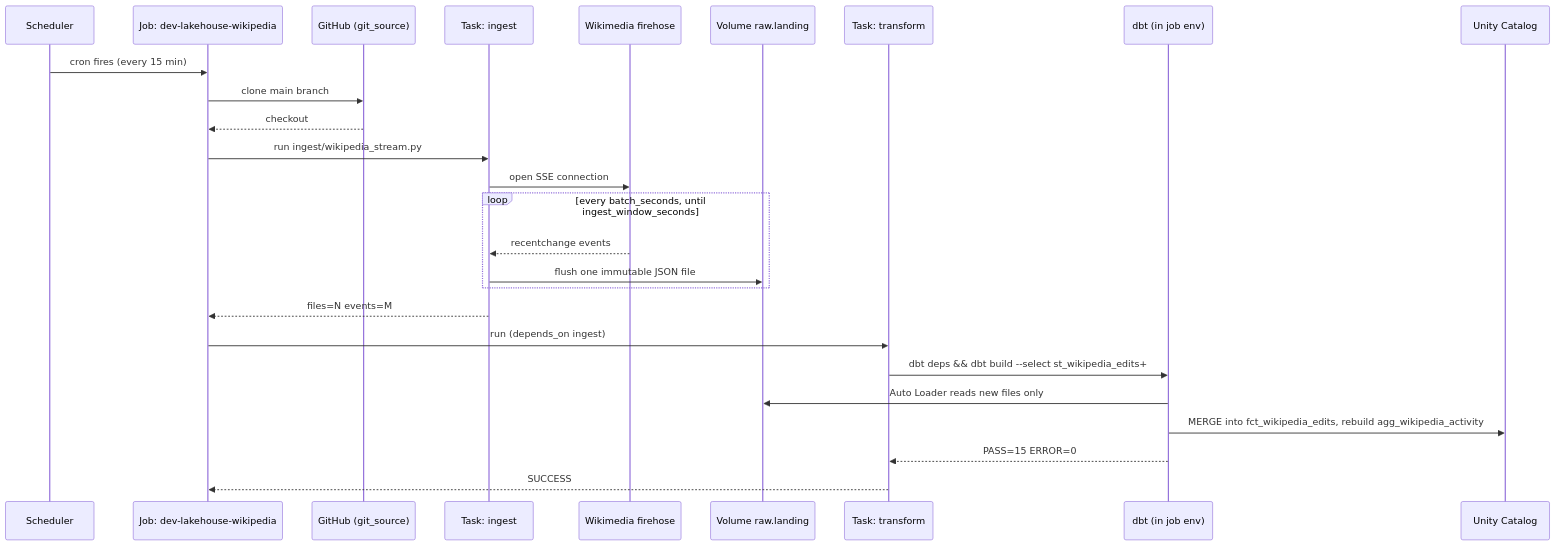
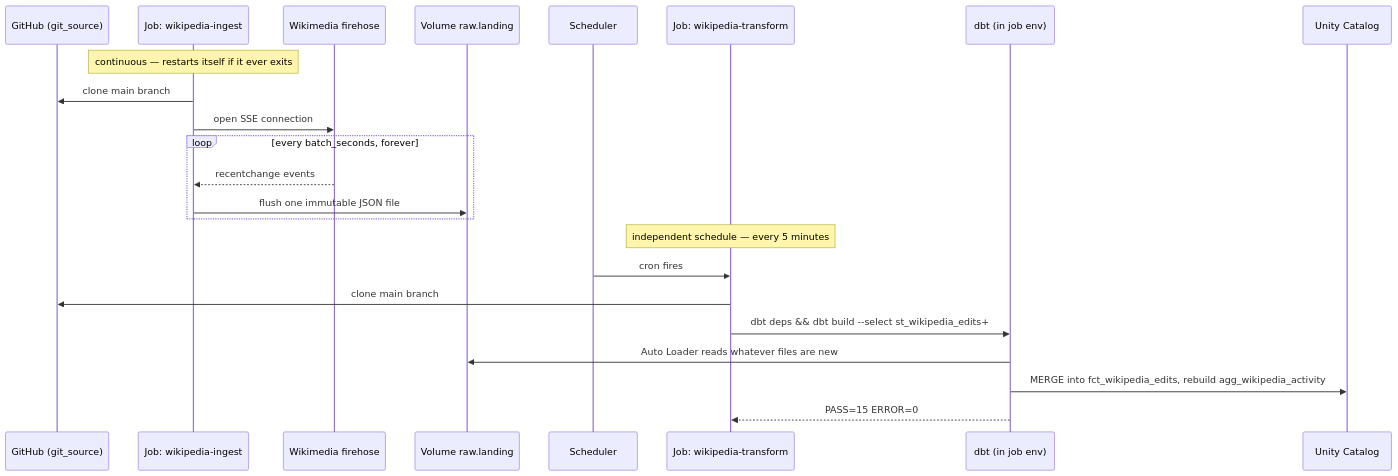
Before and after one commit to marllonDev/lakehouse-iac: the third of 3 diagrams in ARCHITECTURE.md, drawn with Mermaid. The commit also changed other lines of this file and 7 other files, not shown here.

````diff
--- a/ARCHITECTURE.md
+++ b/ARCHITECTURE.md
@@ -179,29 +189,27 @@
 ```mermaid
 sequenceDiagram
-    participant S as Scheduler
-    participant J as Job: dev-lakehouse-wikipedia
     participant G as GitHub (git_source)
-    participant I as Task: ingest
+    participant I as Job: wikipedia-ingest
     participant W as Wikimedia firehose
     participant V as Volume raw.landing
-    participant T as Task: transform
+    participant S as Scheduler
+    participant T as Job: wikipedia-transform
     participant D as dbt (in job env)
     participant U as Unity Catalog
 
-    S->>J: cron fires (every 15 min)
-    J->>G: clone main branch
-    G-->>J: checkout
-    J->>I: run ingest/wikipedia_stream.py
+    Note over I: continuous — restarts itself if it ever exits
+    I->>G: clone main branch
     I->>W: open SSE connection
-    loop every batch_seconds, until ingest_window_seconds
+    loop every batch_seconds, forever
         W-->>I: recentchange events
         I->>V: flush one immutable JSON file
     end
-    I-->>J: files=N events=M
-    J->>T: run (depends_on ingest)
+
+    Note over T: independent schedule — every 5 minutes
+    S->>T: cron fires
+    T->>G: clone main branch
     T->>D: dbt deps && dbt build --select st_wikipedia_edits+
-    D->>V: Auto Loader reads new files only
+    D->>V: Auto Loader reads whatever files are new
     D->>U: MERGE into fct_wikipedia_edits, rebuild agg_wikipedia_activity
     D-->>T: PASS=15 ERROR=0
-    T-->>J: SUCCESS
 ```
````
